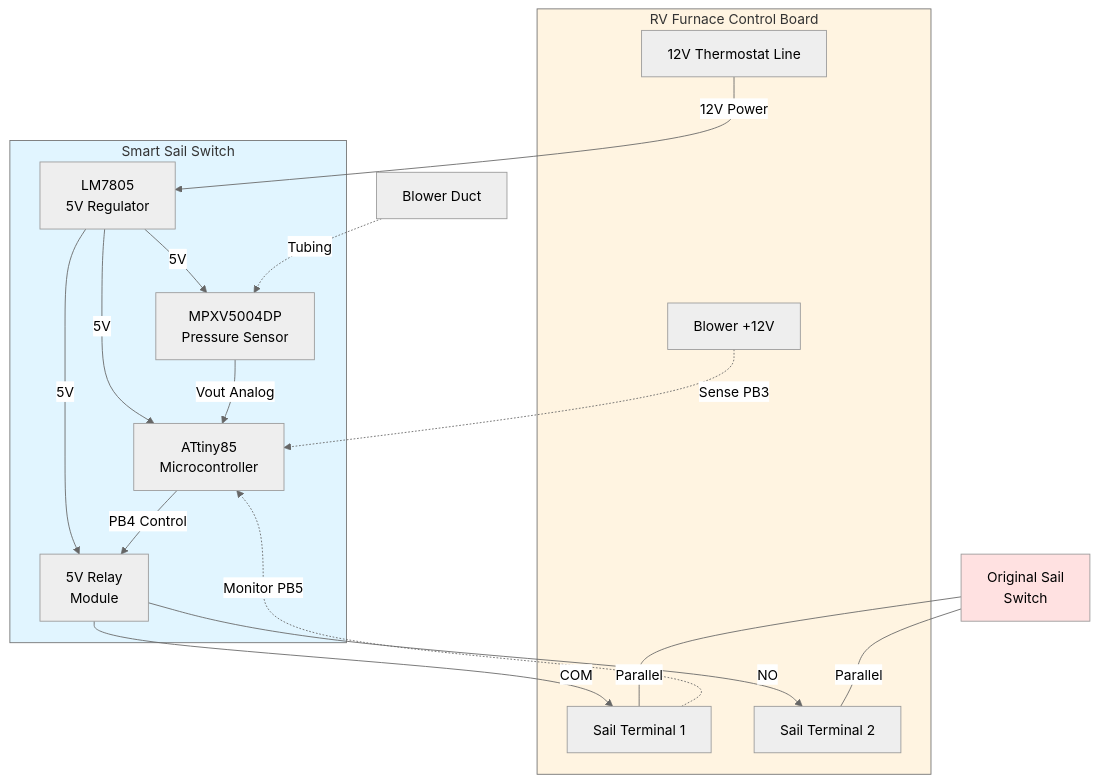
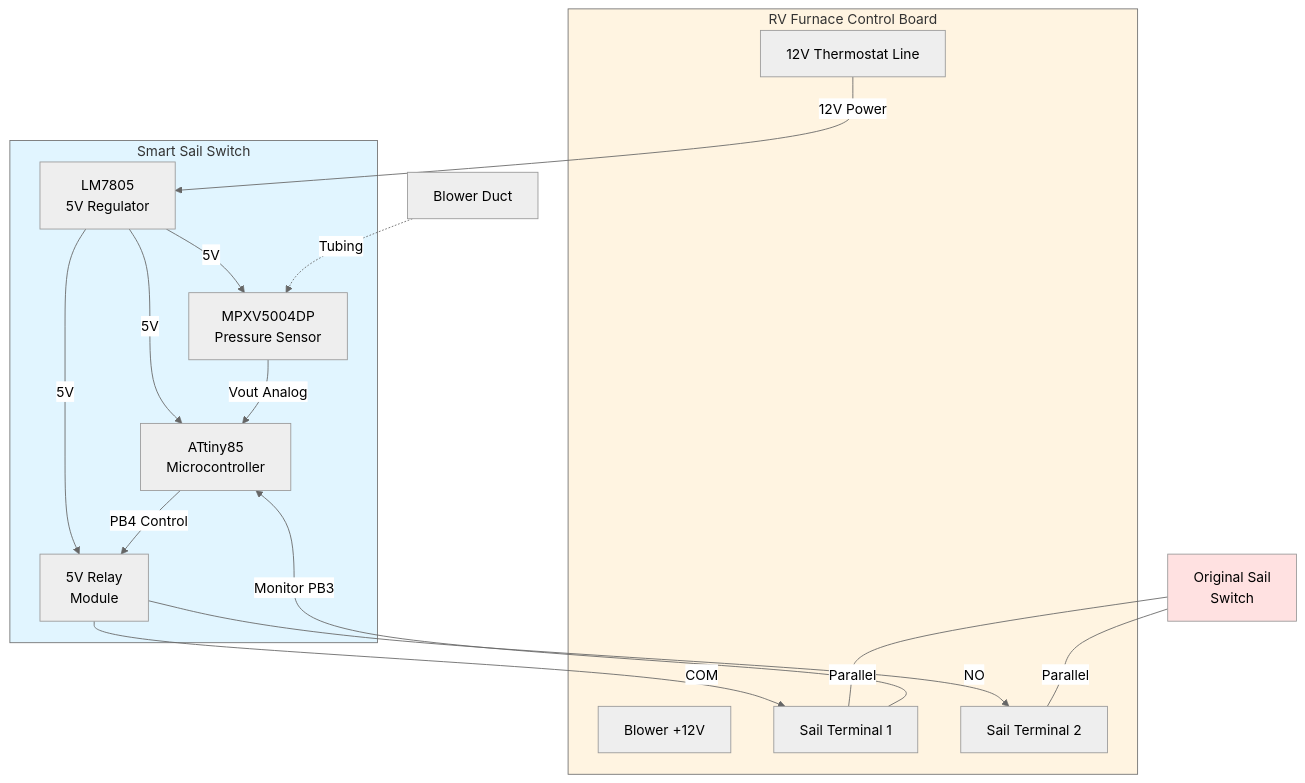
The diagram in hardware/README.md (miclip/smart-rv-sail-switch), drawn with Mermaid (neutral theme) before and after one commit. The commit also changed other lines of this file and 4 other files, not shown here.

First line of the commit message:
update hardware docs for PCB design without blower sense

````diff
--- a/hardware/README.md
+++ b/hardware/README.md
@@ -37,38 +47,37 @@
 ```mermaid
 flowchart TD
     subgraph Furnace["RV Furnace Control Board"]
         THERMO["12V Thermostat Line"]
         BLOWER["Blower +12V"]
         SAIL1["Sail Terminal 1"]
         SAIL2["Sail Terminal 2"]
     end
 
     subgraph SmartSwitch["Smart Sail Switch"]
         REG["LM7805<br/>5V Regulator"]
         MCU["ATtiny85<br/>Microcontroller"]
         SENSOR["MPXV5004DP<br/>Pressure Sensor"]
         RELAY["5V Relay<br/>Module"]
 
         REG -->|5V| MCU
         REG -->|5V| SENSOR
         REG -->|5V| RELAY
         SENSOR -->|Vout Analog| MCU
         MCU -->|PB4 Control| RELAY
     end
 
     THERMO -->|12V Power| REG
-    BLOWER -.->|Sense PB3| MCU
-    SAIL1 -.->|Monitor PB5| MCU
+    SAIL1 -->|Monitor PB3| MCU
 
     RELAY -->|COM| SAIL1
     RELAY -->|NO| SAIL2
 
     SAILSWITCH["Original Sail<br/>Switch"] ---|Parallel| SAIL1
     SAILSWITCH ---|Parallel| SAIL2
 
     BLOWERDUCT[Blower Duct] -.->|Tubing| SENSOR
 
     style SmartSwitch fill:#e1f5ff
     style Furnace fill:#fff4e1
     style SAILSWITCH fill:#ffe1e1
 ```
````
